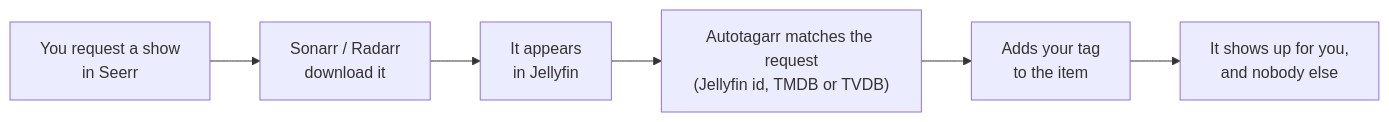
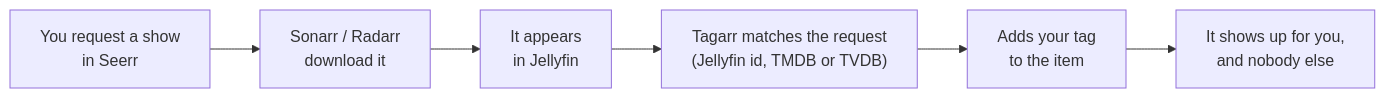
Before and after one commit to OwenWright8/tagarr: the diagram in README.md, drawn with Mermaid. The commit also changed other lines of this file and 46 other files, not shown here.

````diff
--- a/README.md
+++ b/README.md
@@ -124,8 +125,8 @@
 ```mermaid
 flowchart LR
     A["You request a show<br/>in Seerr"] --> B["Sonarr / Radarr<br/>download it"]
     B --> C["It appears<br/>in Jellyfin"]
-    C --> D["Autotagarr matches the request<br/>(Jellyfin id, TMDB or TVDB)"]
+    C --> D["Tagarr matches the request<br/>(Jellyfin id, TMDB or TVDB)"]
     D --> E["Adds your tag<br/>to the item"]
     E --> F["It shows up for you,<br/>and nobody else"]
 ```
````
